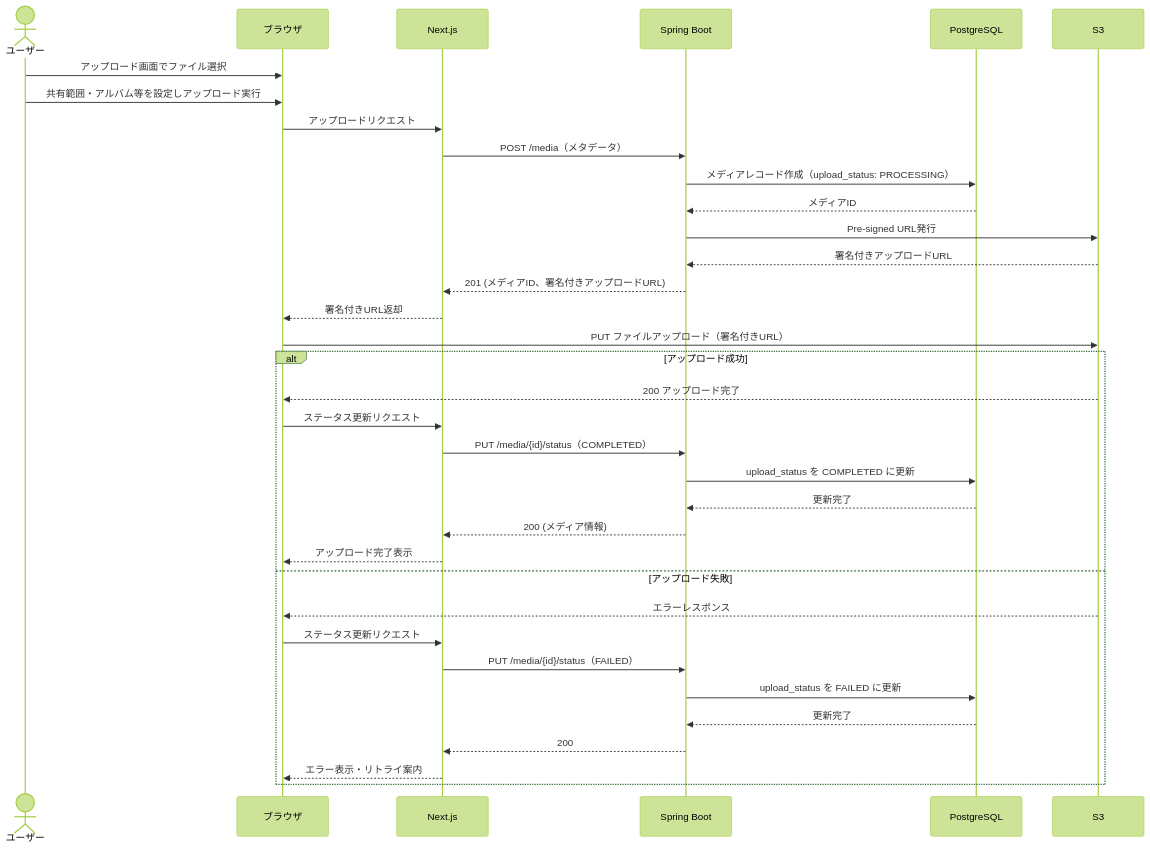
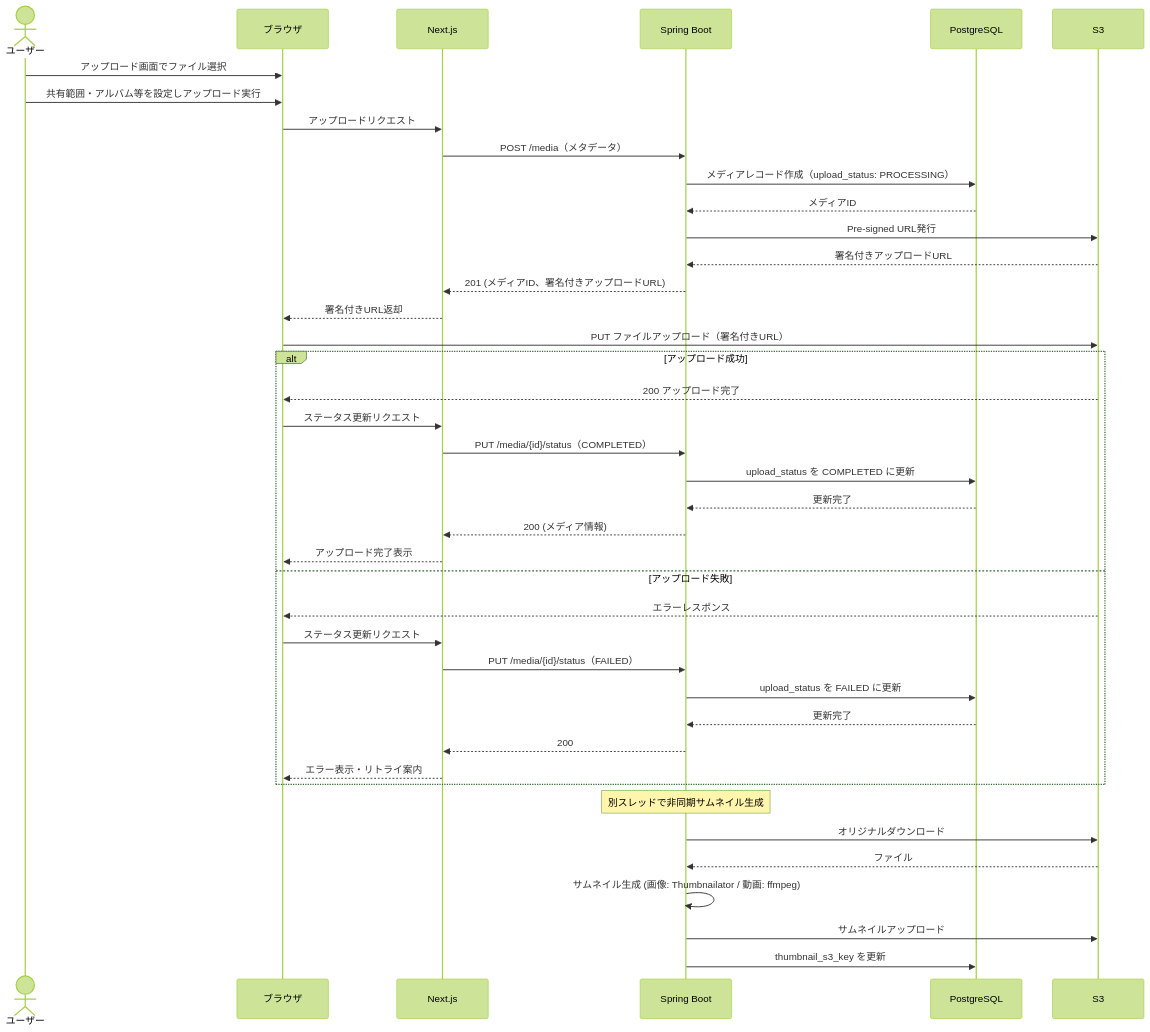
One commit to sakurai1126/chii-piyo changed the third of 9 diagrams in docs/sequence.md. Above: the diagram before and after it, drawn with Mermaid (forest theme). The commit also changed 133 other files, not shown here.

````diff
--- a/docs/sequence.md
+++ b/docs/sequence.md
@@ -74,41 +74,48 @@
 ```mermaid
 sequenceDiagram
     actor User as ユーザー
     participant Browser as ブラウザ
     participant Next as Next.js
     participant Spring as Spring Boot
     participant DB as PostgreSQL
     participant S3 as S3
 
     User->>Browser: アップロード画面でファイル選択
     User->>Browser: 共有範囲・アルバム等を設定しアップロード実行
 
     Browser->>Next: アップロードリクエスト
     Next->>Spring: POST /media（メタデータ）
     Spring->>DB: メディアレコード作成（upload_status: PROCESSING）
     DB-->>Spring: メディアID
     Spring->>S3: Pre-signed URL発行
     S3-->>Spring: 署名付きアップロードURL
     Spring-->>Next: 201 (メディアID、署名付きアップロードURL)
     Next-->>Browser: 署名付きURL返却
 
     Browser->>S3: PUT ファイルアップロード（署名付きURL）
 
     alt アップロード成功
         S3-->>Browser: 200 アップロード完了
         Browser->>Next: ステータス更新リクエスト
         Next->>Spring: PUT /media/{id}/status（COMPLETED）
         Spring->>DB: upload_status を COMPLETED に更新
         DB-->>Spring: 更新完了
         Spring-->>Next: 200 (メディア情報)
         Next-->>Browser: アップロード完了表示
     else アップロード失敗
         S3-->>Browser: エラーレスポンス
         Browser->>Next: ステータス更新リクエスト
         Next->>Spring: PUT /media/{id}/status（FAILED）
         Spring->>DB: upload_status を FAILED に更新
         DB-->>Spring: 更新完了
         Spring-->>Next: 200
         Next-->>Browser: エラー表示・リトライ案内
     end
+
+    Note over Spring: 別スレッドで非同期サムネイル生成
+    Spring->>S3: オリジナルダウンロード
+    S3-->>Spring: ファイル
+    Spring->>Spring: サムネイル生成 (画像: Thumbnailator / 動画: ffmpeg)
+    Spring->>S3: サムネイルアップロード
+    Spring->>DB: thumbnail_s3_key を更新
 ```
````
